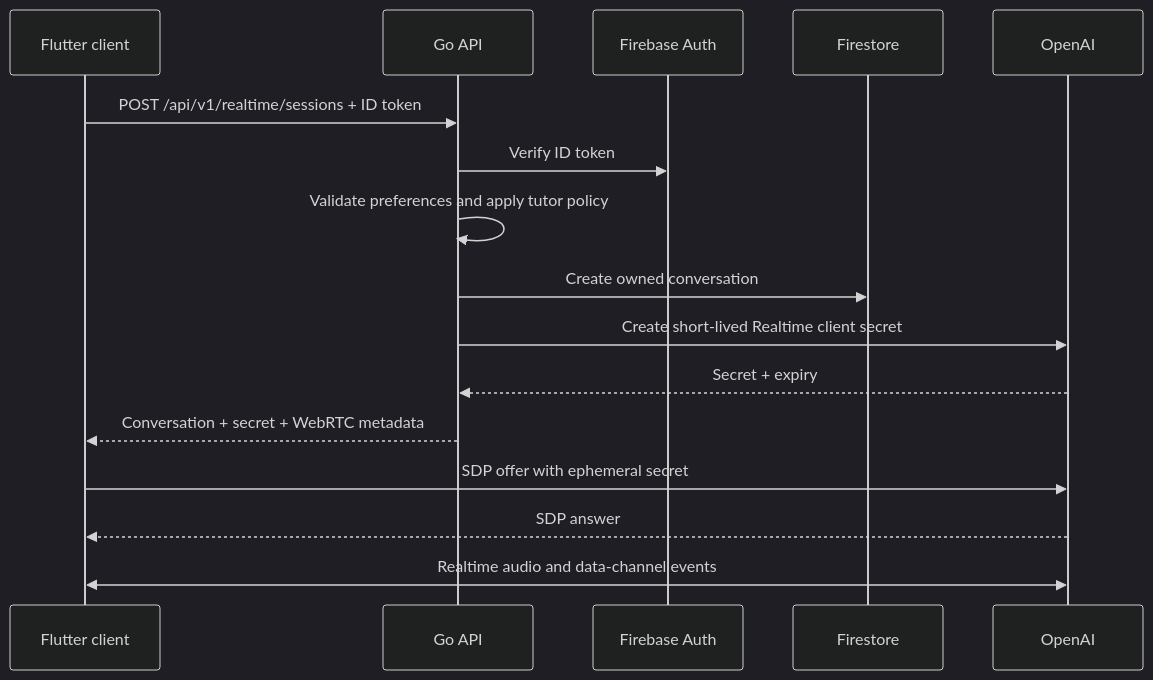
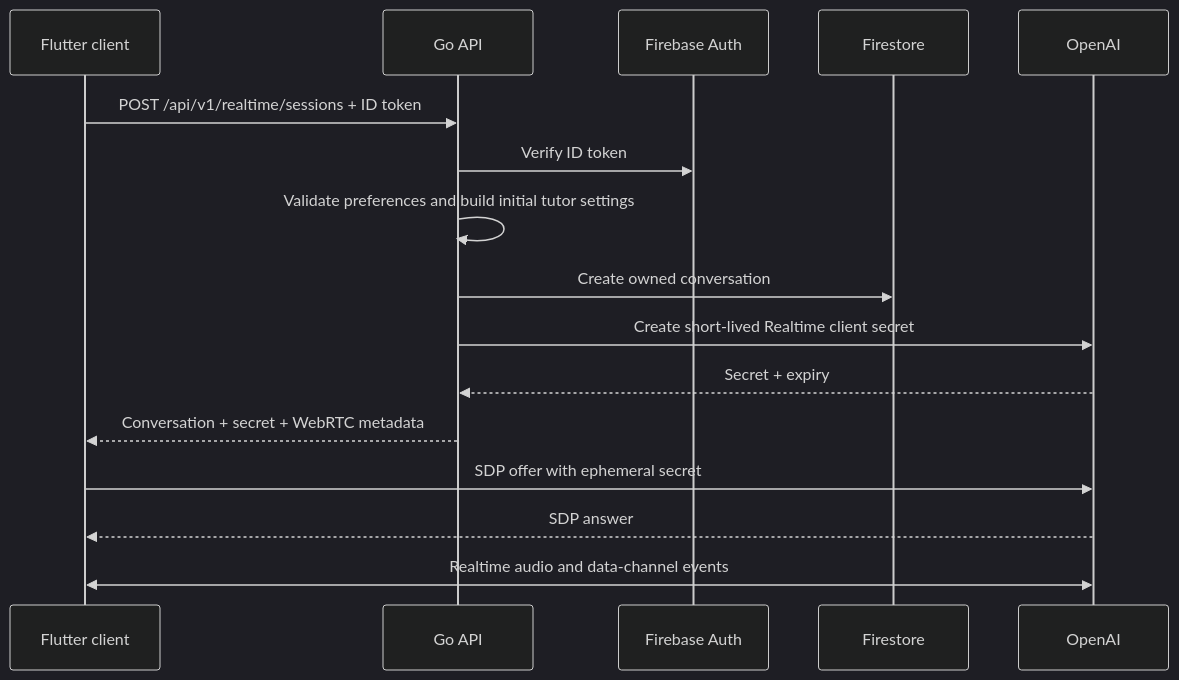
The second of 3 diagrams in docs/architecture.md (bielcarpi/nia), drawn with Mermaid (dark theme) before and after one commit. The commit also changed other lines of this file and 23 other files, not shown here.

````diff
--- a/docs/architecture.md
+++ b/docs/architecture.md
@@ -49,19 +50,19 @@
 ```mermaid
 sequenceDiagram
     participant C as Flutter client
     participant A as Go API
     participant F as Firebase Auth
     participant D as Firestore
     participant O as OpenAI
 
     C->>A: POST /api/v1/realtime/sessions + ID token
     A->>F: Verify ID token
-    A->>A: Validate preferences and apply tutor policy
+    A->>A: Validate preferences and build initial tutor settings
     A->>D: Create owned conversation
     A->>O: Create short-lived Realtime client secret
     O-->>A: Secret + expiry
     A-->>C: Conversation + secret + WebRTC metadata
     C->>O: SDP offer with ephemeral secret
     O-->>C: SDP answer
     C<<->>O: Realtime audio and data-channel events
 ```
````
